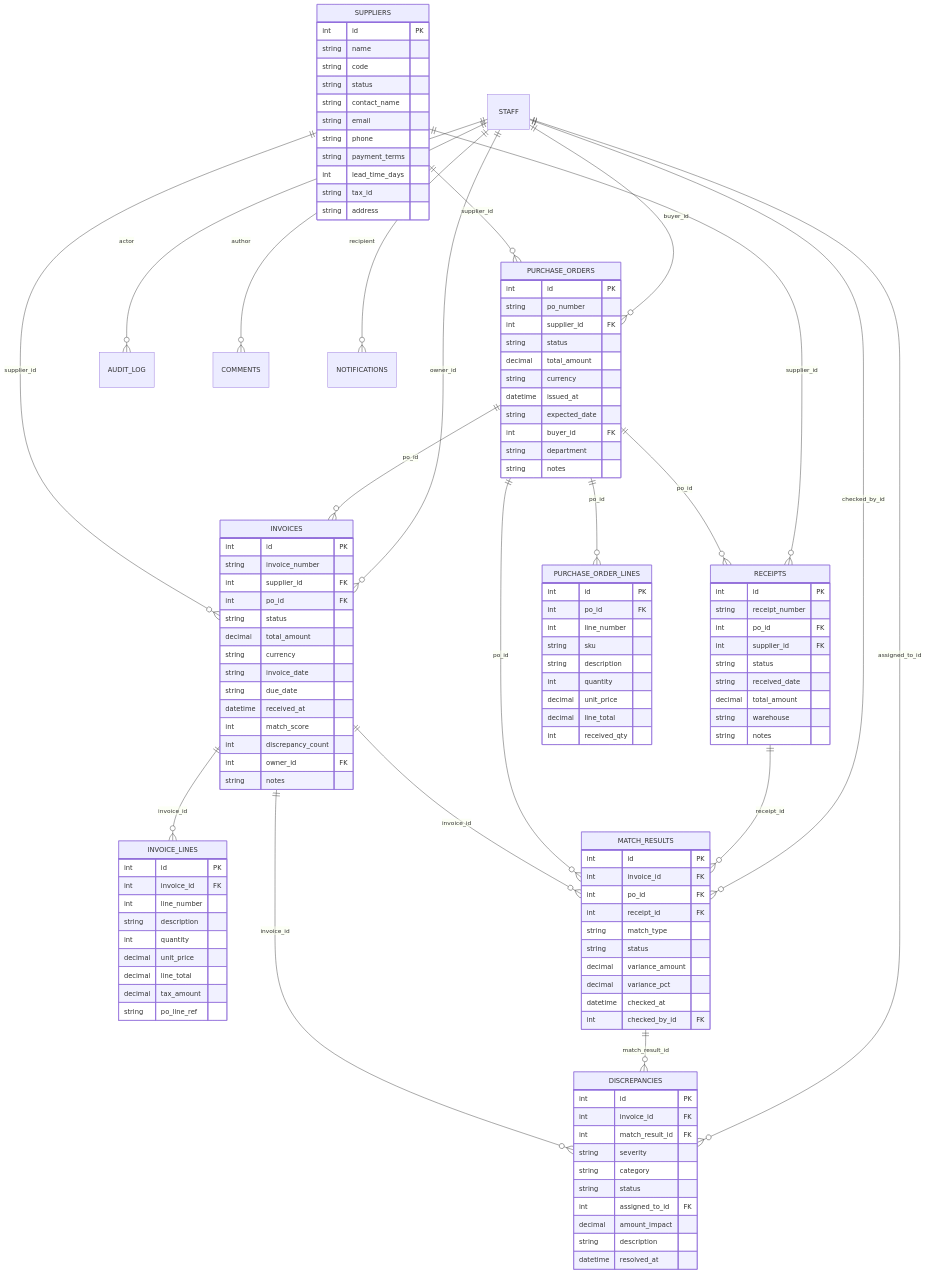
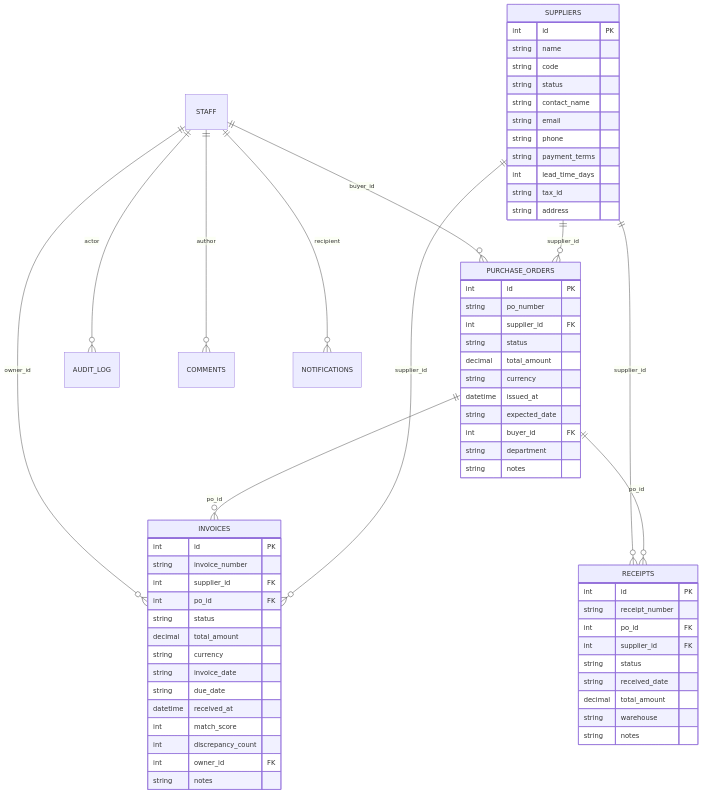
Before and after one commit to Jet-labs/jet-admin: the diagram in marketplace/templates/invoice-matching-desk/README.md, drawn with Mermaid. The commit also changed other lines of this file and 202 other files, not shown here.

```diff
--- a/marketplace/templates/invoice-matching-desk/README.md
+++ b/marketplace/templates/invoice-matching-desk/README.md
@@ -108,52 +96,6 @@
     string tax_id
     string address
   }
-  INVOICE_LINES {
-    int id PK
-    int invoice_id FK
-    int line_number
-    string description
-    int quantity
-    decimal unit_price
-    decimal line_total
-    decimal tax_amount
-    string po_line_ref
-  }
-  PURCHASE_ORDER_LINES {
-    int id PK
-    int po_id FK
-    int line_number
-    string sku
-    string description
-    int quantity
-    decimal unit_price
-    decimal line_total
-    int received_qty
-  }
-  MATCH_RESULTS {
-    int id PK
-    int invoice_id FK
-    int po_id FK
-    int receipt_id FK
-    string match_type
-    string status
-    decimal variance_amount
-    decimal variance_pct
-    datetime checked_at
-    int checked_by_id FK
-  }
-  DISCREPANCIES {
-    int id PK
-    int invoice_id FK
-    int match_result_id FK
-    string severity
-    string category
-    string status
-    int assigned_to_id FK
-    decimal amount_impact
-    string description
-    datetime resolved_at
-  }
   SUPPLIERS ||--o{ INVOICES : "supplier_id"
   PURCHASE_ORDERS ||--o{ INVOICES : "po_id"
   STAFF ||--o{ INVOICES : "owner_id"
@@ -161,15 +103,6 @@
   STAFF ||--o{ PURCHASE_ORDERS : "buyer_id"
   PURCHASE_ORDERS ||--o{ RECEIPTS : "po_id"
   SUPPLIERS ||--o{ RECEIPTS : "supplier_id"
-  INVOICES ||--o{ INVOICE_LINES : "invoice_id"
-  PURCHASE_ORDERS ||--o{ PURCHASE_ORDER_LINES : "po_id"
-  INVOICES ||--o{ MATCH_RESULTS : "invoice_id"
-  PURCHASE_ORDERS ||--o{ MATCH_RESULTS : "po_id"
-  RECEIPTS ||--o{ MATCH_RESULTS : "receipt_id"
-  STAFF ||--o{ MATCH_RESULTS : "checked_by_id"
-  INVOICES ||--o{ DISCREPANCIES : "invoice_id"
-  MATCH_RESULTS ||--o{ DISCREPANCIES : "match_result_id"
-  STAFF ||--o{ DISCREPANCIES : "assigned_to_id"
   STAFF ||--o{ AUDIT_LOG : actor
   STAFF ||--o{ COMMENTS : author
   STAFF ||--o{ NOTIFICATIONS : recipient
```
